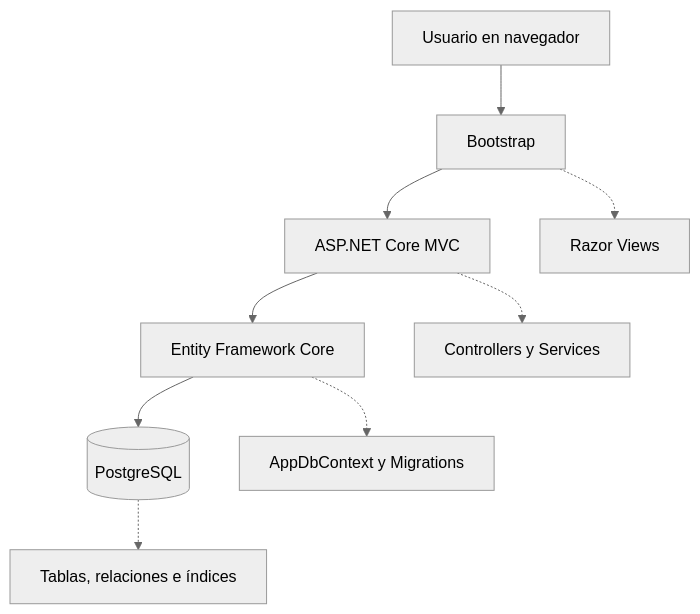
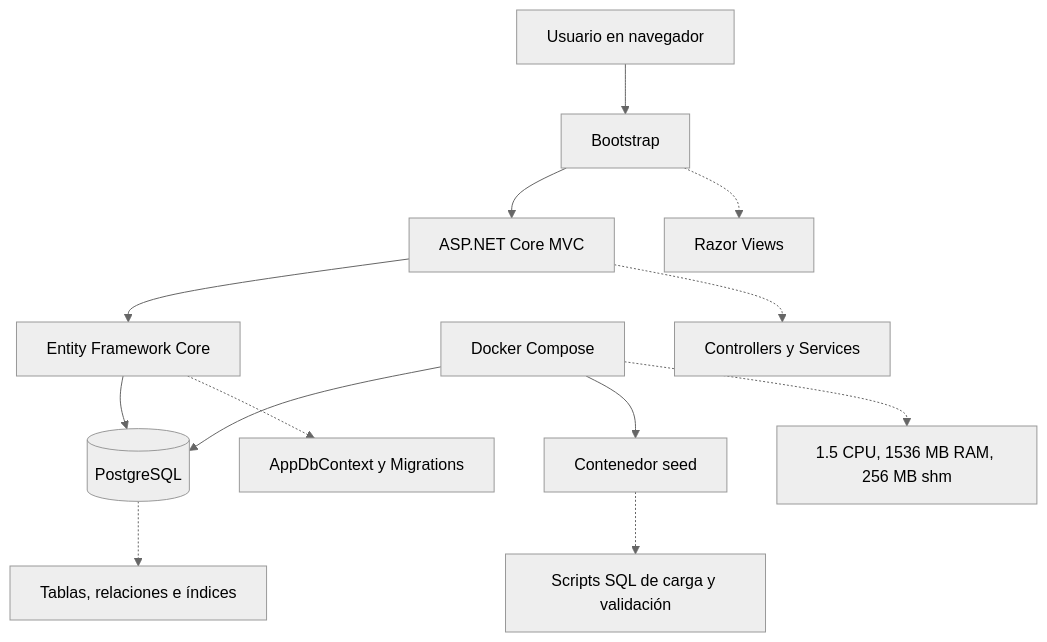
Before and after one commit to jeffersonmejia/orbi-app: the seventh of 7 diagrams in docs/ARCHITECTURE.md, drawn with Mermaid (neutral theme). The commit also changed other lines of this file, not shown here.

Commit message:
docs(architecture): document docker resources

````diff
--- a/docs/ARCHITECTURE.md
+++ b/docs/ARCHITECTURE.md
@@ -230,12 +230,16 @@
 ```mermaid
 flowchart TD
     usuario["Usuario en navegador"] --> bootstrap["Bootstrap"]
     bootstrap --> mvc["ASP.NET Core MVC"]
     mvc --> efcore["Entity Framework Core"]
     efcore --> postgres[("PostgreSQL")]
+    docker["Docker Compose"] --> postgres
+    docker --> seed["Contenedor seed"]
 
     bootstrap -.-> vistas["Razor Views"]
     mvc -.-> controladores["Controllers y Services"]
     efcore -.-> contexto["AppDbContext y Migrations"]
     postgres -.-> datos["Tablas, relaciones e índices"]
+    docker -.-> recursos["1.5 CPU, 1536 MB RAM, 256 MB shm"]
+    seed -.-> scripts["Scripts SQL de carga y validación"]
 ```
````
